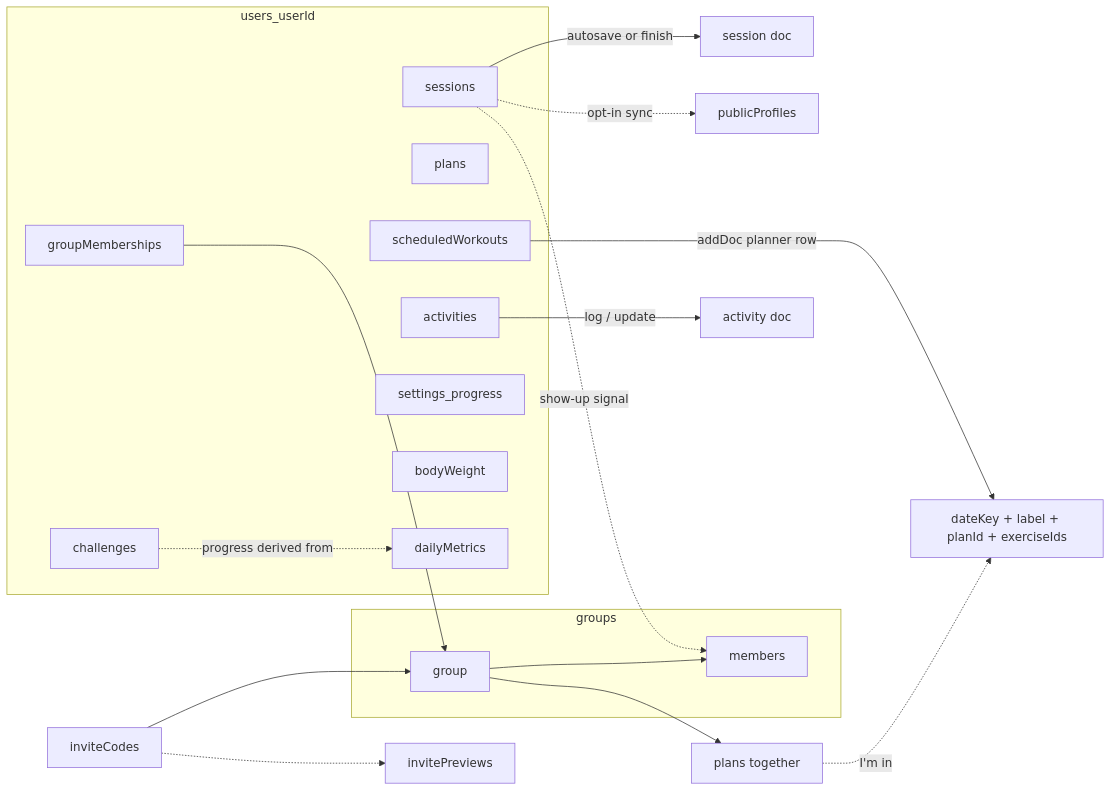
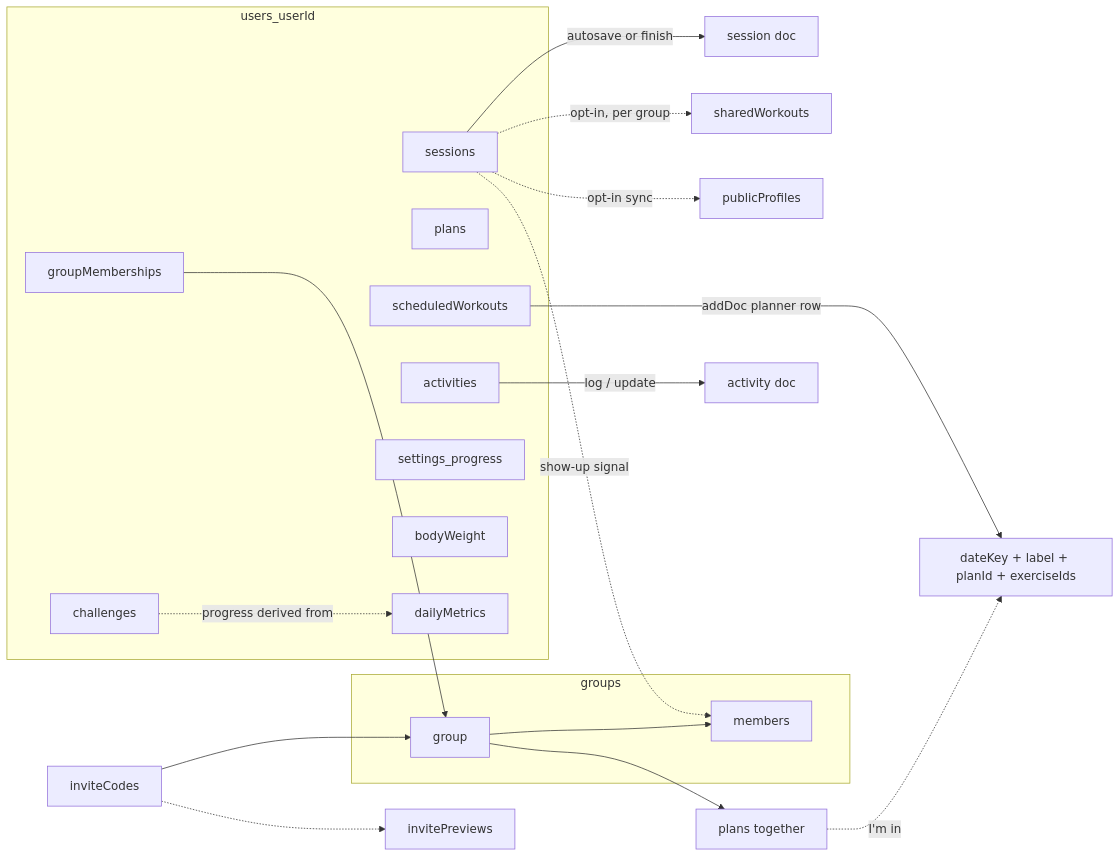
One commit to ShaneRich5/built-daily changed the diagram in docs/DATA_MODEL.md. Above: the diagram before and after it, drawn with Mermaid. The commit also changed other lines of this file and 20 other files, not shown here.

````diff
--- a/docs/DATA_MODEL.md
+++ b/docs/DATA_MODEL.md
@@ -69,32 +70,33 @@
 ```mermaid
 flowchart LR
   subgraph userPath [users_userId]
     sessions[sessions]
     plans[plans]
     scheduled[scheduledWorkouts]
     activities[activities]
     memberships[groupMemberships]
     settings[settings_progress]
     bodyWeight[bodyWeight]
     dailyMetrics[dailyMetrics]
     challenges[challenges]
   end
   subgraph groupsPath [groups]
     groupDoc[group]
     members[members]
   end
   inviteCodes[inviteCodes]
   publicProfiles[publicProfiles]
   sessions -->|autosave or finish| sessionDoc[session doc]
   scheduled -->|addDoc planner row| plannerRow[dateKey + label + planId + exerciseIds]
   activities -->|log / update| activityDoc[activity doc]
   challenges -.->|progress derived from| dailyMetrics
   memberships --> groupDoc
   inviteCodes --> groupDoc
   groupDoc --> members
   groupDoc --> groupPlans[plans together]
+  sessions -.->|opt-in, per group| sharedWorkouts[sharedWorkouts]
   groupPlans -.->|I'm in| plannerRow
   inviteCodes -.-> invitePreviews[invitePreviews]
   sessions -.->|opt-in sync| publicProfiles
   sessions -.->|show-up signal| members
 ```
````
